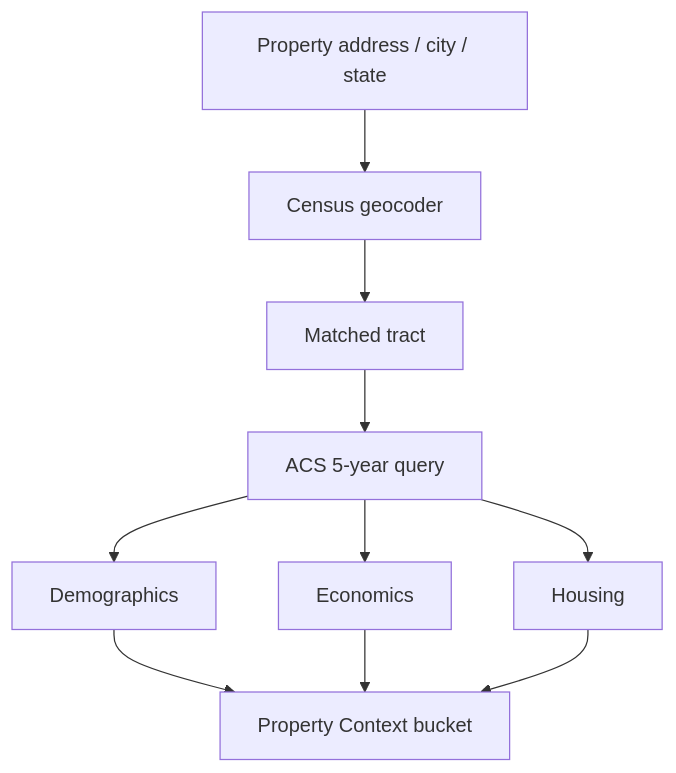
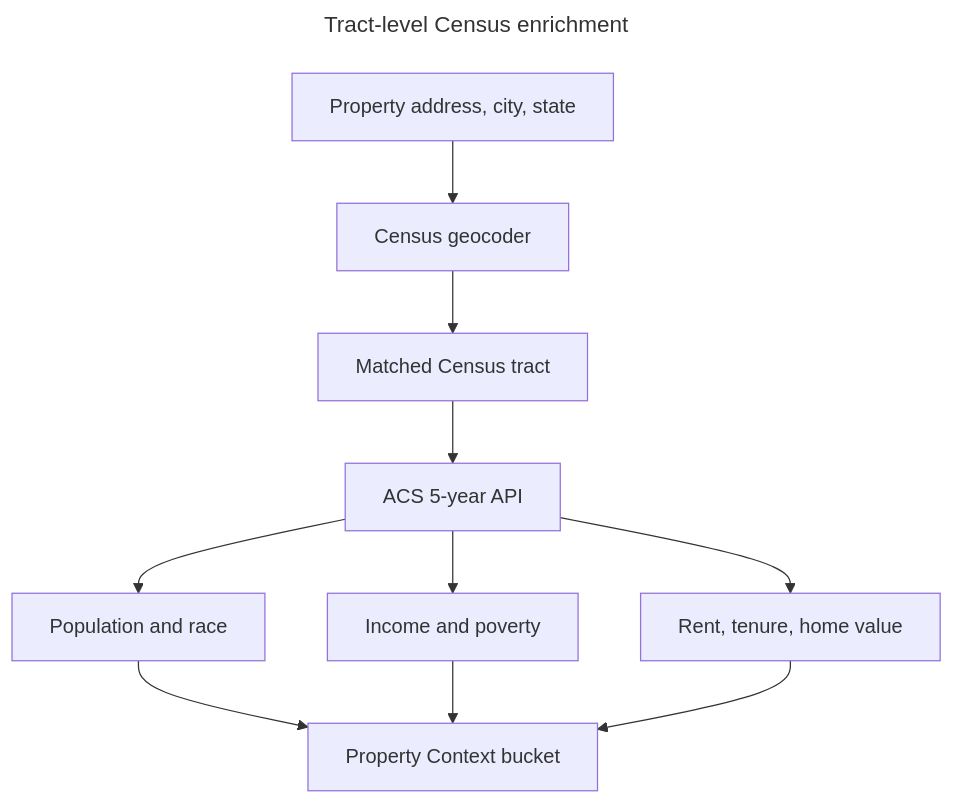
The fourth of 6 diagrams in README.md (Kohralle/Property-Management-Lead-Enricher), drawn with Mermaid before and after one commit. The commit also changed other lines of this file and 1 other file, not shown here.

First line of the commit message:
Improve diagram labels and tailor email pitch by company profile

````diff
--- a/README.md
+++ b/README.md
@@ -82,12 +90,15 @@
 ```mermaid
+---
+title: Tract-level Census enrichment
+---
 flowchart TD
-    A[Property address / city / state] --> B[Census geocoder]
-    B --> C[Matched tract]
-    C --> D[ACS 5-year query]
-    D --> E[Demographics]
-    D --> F[Economics]
-    D --> G[Housing]
+    A[Property address, city, state] --> B[Census geocoder]
+    B --> C[Matched Census tract]
+    C --> D[ACS 5-year API]
+    D --> E[Population and race]
+    D --> F[Income and poverty]
+    D --> G[Rent, tenure, home value]
     E --> H[Property Context bucket]
     F --> H
     G --> H
 ```
````
